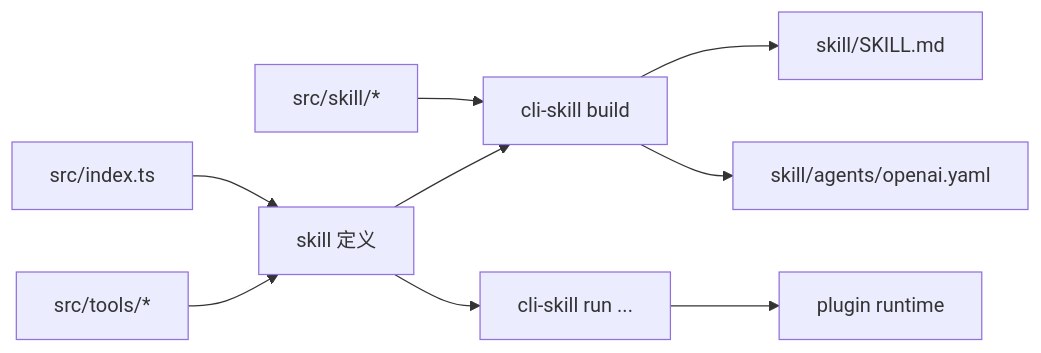
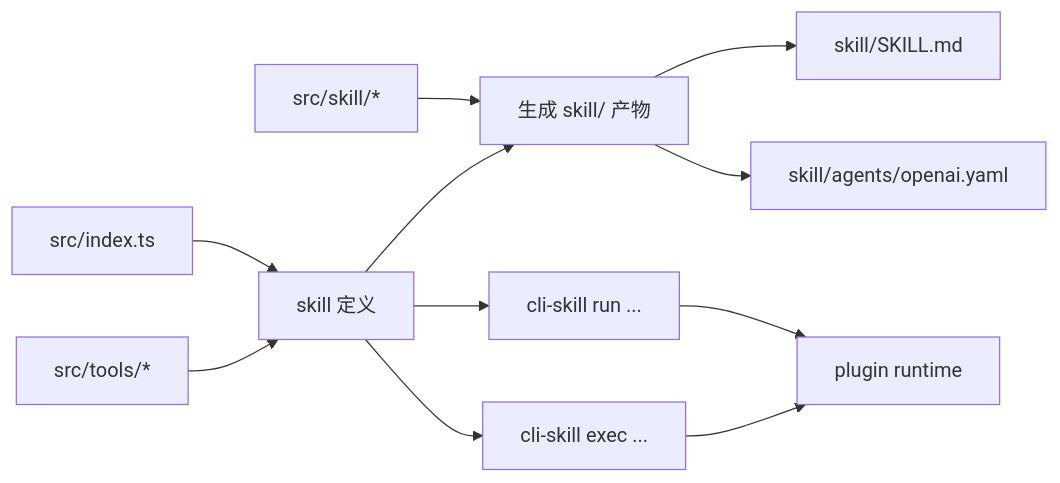
One commit to RaindropSaber/cli-skill changed the diagram in README.md. Above: the diagram before and after it, drawn with Mermaid. The commit also changed other lines of this file and 24 other files, not shown here.

````diff
--- a/README.md
+++ b/README.md
@@ -88,11 +92,13 @@
 ```mermaid
 flowchart LR
   A["src/index.ts"] --> B["skill 定义"]
   C["src/tools/*"] --> B
-  D["src/skill/*"] --> E["cli-skill <skillName> build"]
+  D["src/skill/*"] --> E["生成 skill/ 产物"]
   B --> E
   E --> F["skill/SKILL.md"]
   E --> G["skill/agents/openai.yaml"]
-  B --> H["cli-skill <skillName> run ..."]
+  B --> H["cli-skill run ..."]
+  B --> J["cli-skill exec <skillName> ..."]
   H --> I["plugin runtime"]
+  J --> I
 ```
````
